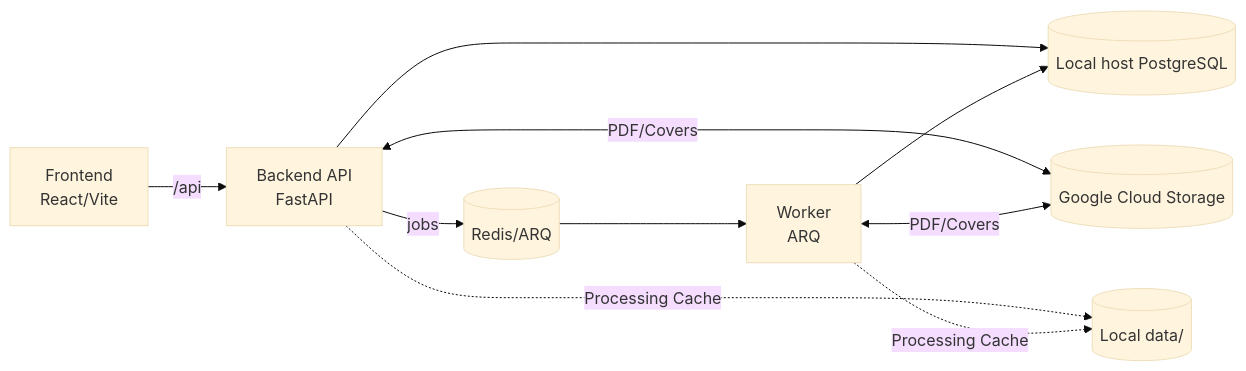
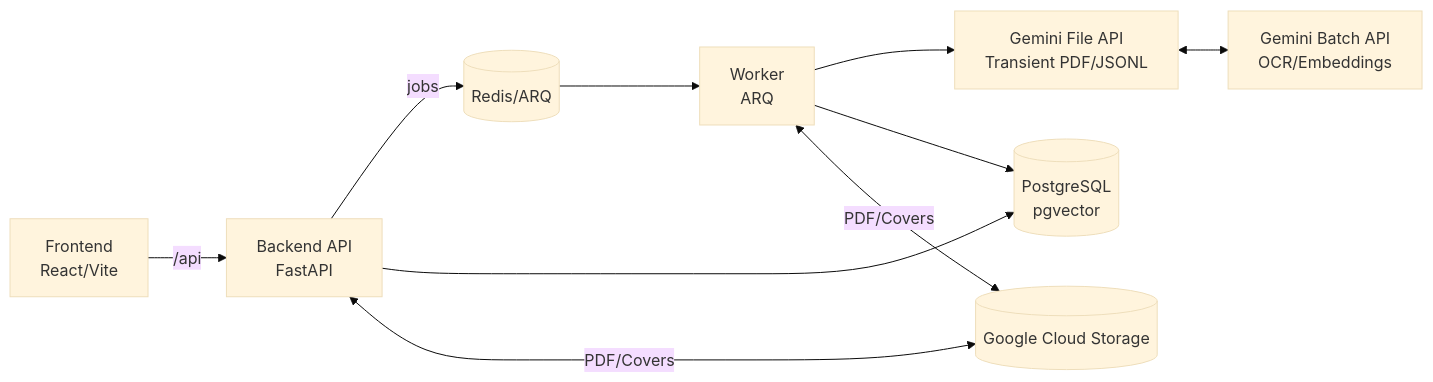
Before and after one commit to Kitabim-AI/kitabim-ai: the diagram in docs/SYSTEM_DESIGN.md, drawn with Mermaid (base theme). The commit also changed other lines of this file and 25 other files, not shown here.

````diff
--- a/docs/SYSTEM_DESIGN.md
+++ b/docs/SYSTEM_DESIGN.md
@@ -44,12 +46,12 @@
 ```mermaid
 flowchart LR
   FE[Frontend<br/>React/Vite] -->|/api| BE[Backend API<br/>FastAPI]
   BE -->|jobs| RQ[(Redis/ARQ)]
   RQ --> WK[Worker<br/>ARQ]
-  BE --> DB[(Local host PostgreSQL)]
+  WK --> GFA[Gemini File API<br/>Transient PDF/JSONL]
+  GFA <--> GBA[Gemini Batch API<br/>OCR/Embeddings]
+  BE --> DB[(PostgreSQL<br/>pgvector)]
   WK --> DB
   BE <-->|PDF/Covers| GCS[(Google Cloud Storage)]
   WK <-->|PDF/Covers| GCS
-  BE -.->|Processing Cache| DATA[(Local data/)]
-  WK -.->|Processing Cache| DATA
 ```
````
